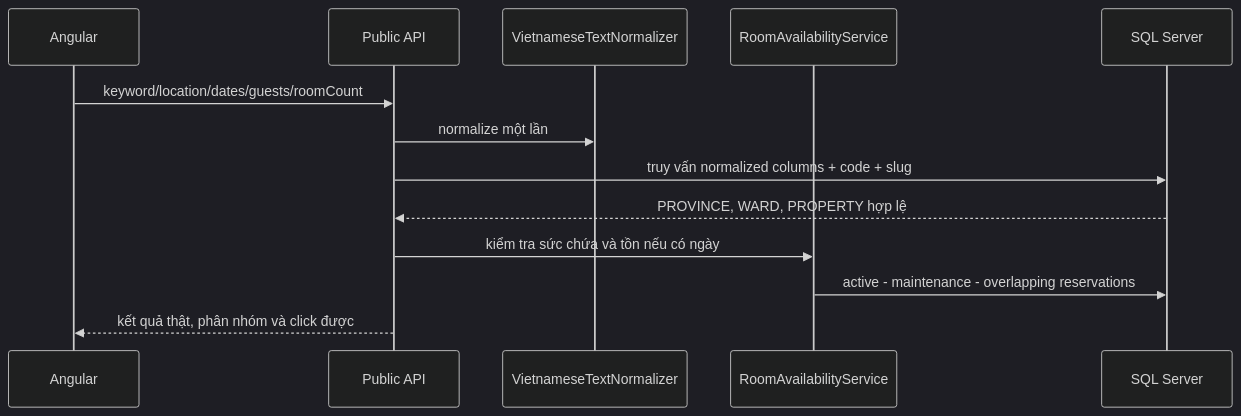
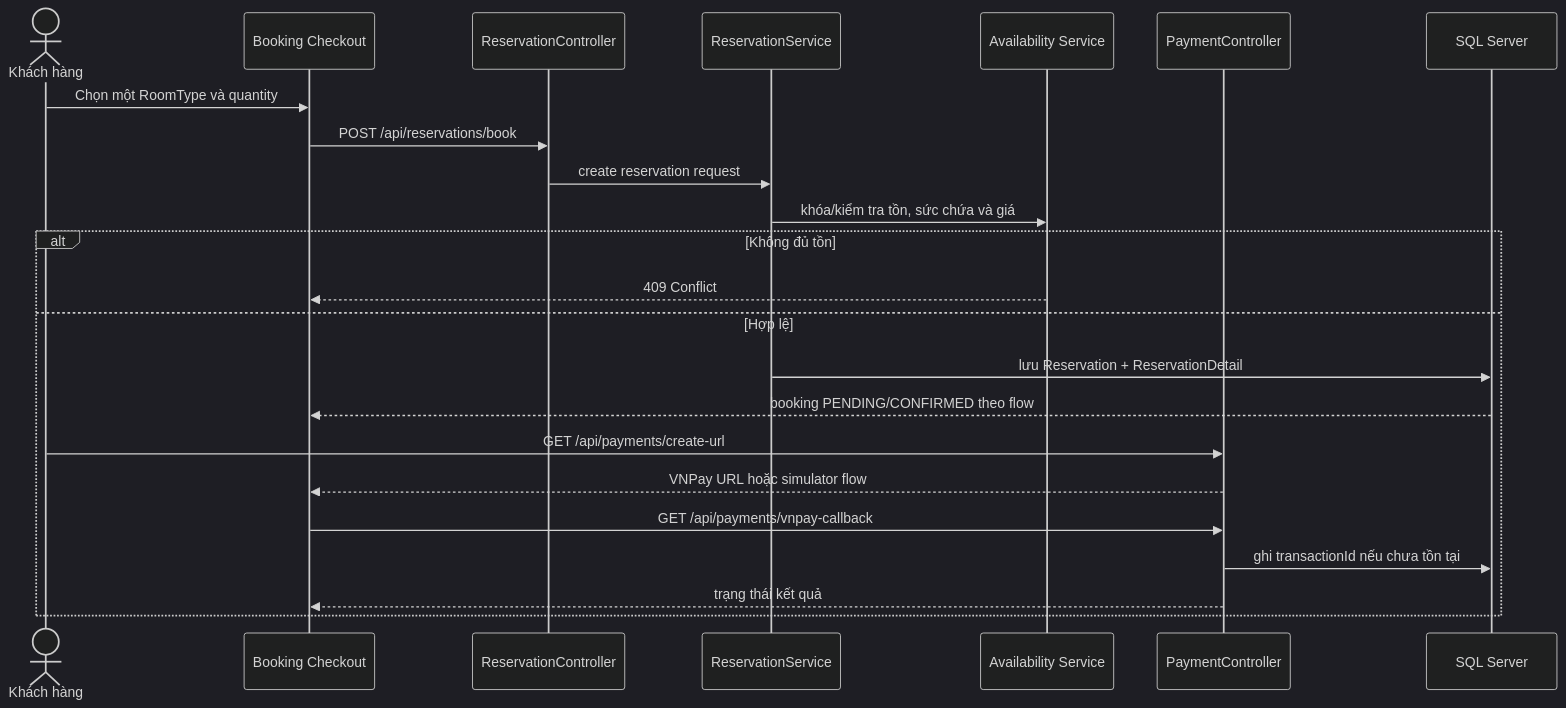
The tenth of 22 diagrams in docs/UML.md (GinNgo/He-thong-quan-ly-khach-san), drawn with Mermaid (dark theme) before and after one commit. The commit also changed other lines of this file and 335 other files, not shown here.

Commit message:
docs: update documentation, architecture reports and specs

````diff
--- a/docs/UML.md
+++ b/docs/UML.md
@@ -490,15 +484,26 @@
 ```mermaid
 sequenceDiagram
-    participant UI as Angular
-    participant API as Public API
-    participant N as VietnameseTextNormalizer
-    participant Inventory as RoomAvailabilityService
+    actor Customer as Khách hàng
+    participant UI as Booking Checkout
+    participant Reservation as ReservationController
+    participant Service as ReservationService
+    participant Inventory as Availability Service
+    participant Payment as PaymentController
     participant DB as SQL Server
-    UI->>API: keyword/location/dates/guests/roomCount
-    API->>N: normalize một lần
-    API->>DB: truy vấn normalized columns + code + slug
-    DB-->>API: PROVINCE, WARD, PROPERTY hợp lệ
-    API->>Inventory: kiểm tra sức chứa và tồn nếu có ngày
-    Inventory->>DB: active - maintenance - overlapping reservations
-    API-->>UI: kết quả thật, phân nhóm và click được
+
+    Customer->>UI: Chọn một RoomType và quantity
+    UI->>Reservation: POST /api/reservations/book
+    Reservation->>Service: create reservation request
+    Service->>Inventory: khóa/kiểm tra tồn, sức chứa và giá
+    alt Không đủ tồn
+        Inventory-->>UI: 409 Conflict
+    else Hợp lệ
+        Service->>DB: lưu Reservation + ReservationDetail
+        DB-->>UI: booking PENDING/CONFIRMED theo flow
+        Customer->>Payment: GET /api/payments/create-url
+        Payment-->>UI: VNPay URL hoặc simulator flow
+        UI->>Payment: GET /api/payments/vnpay-callback
+        Payment->>DB: ghi transactionId nếu chưa tồn tại
+        Payment-->>UI: trạng thái kết quả
+    end
 ```
````
